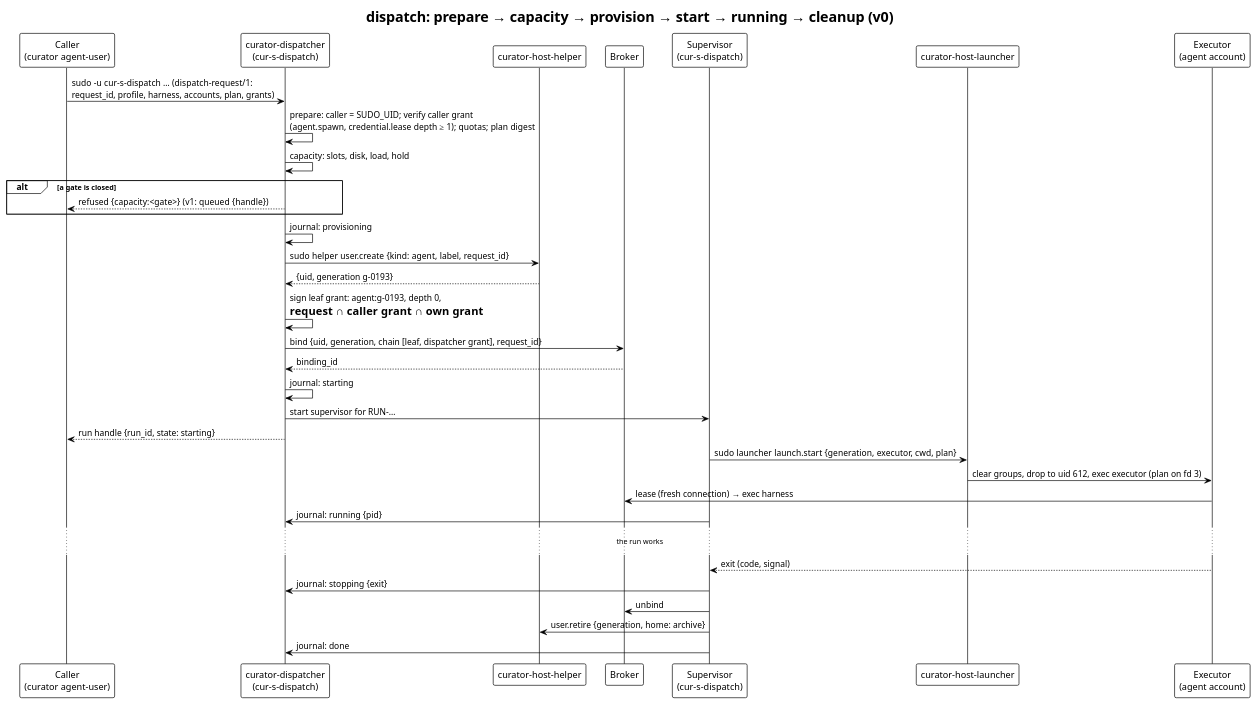
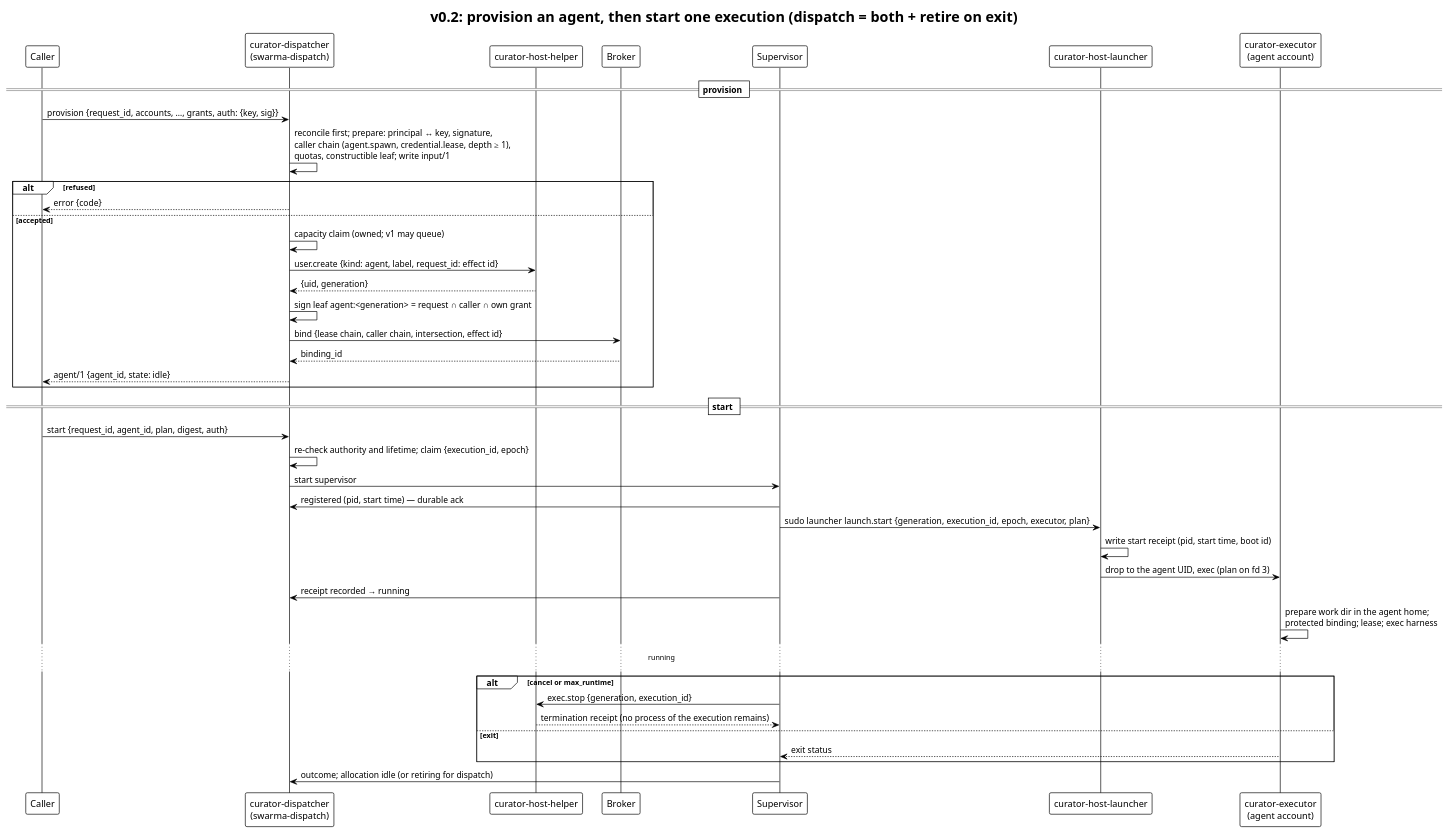
One commit to relux-works/curator-dispatcher changed the diagram in diagrams/dispatch-lifecycle.puml. Above: the diagram before and after it, drawn with PlantUML. The commit also changed 5 other files, not shown here.

First line of the commit message:
Revise the dispatcher after the architecture review (v0.2)

```diff
--- a/diagrams/dispatch-lifecycle.puml
+++ b/diagrams/dispatch-lifecycle.puml
@@ -1,38 +1,45 @@
 @startuml dispatch-lifecycle
 !theme plain
-title dispatch: prepare → capacity → provision → start → running → cleanup (v0)
+title v0.2: provision an agent, then start one execution (dispatch = both + retire on exit)
 
-participant "Caller\n(curator agent-user)" as C
-participant "curator-dispatcher\n(cur-s-dispatch)" as D
+participant "Caller" as C
+participant "curator-dispatcher\n(swarma-dispatch)" as D
 participant "curator-host-helper" as H
 participant "Broker" as B
-participant "Supervisor\n(cur-s-dispatch)" as S
+participant "Supervisor" as S
 participant "curator-host-launcher" as L
-participant "Executor\n(agent account)" as E
+participant "curator-executor\n(agent account)" as E
 
-C -> D : sudo -u cur-s-dispatch …  (dispatch-request/1:\nrequest_id, profile, harness, accounts, plan, grants)
-D -> D : prepare: caller = SUDO_UID; verify caller grant\n(agent.spawn, credential.lease depth ≥ 1); quotas; plan digest
-D -> D : capacity: slots, disk, load, hold
-alt a gate is closed
-  D --> C : refused {capacity:<gate>}  (v1: queued {handle})
+== provision ==
+C -> D : provision {request_id, accounts, …, grants, auth: {key, sig}}
+D -> D : reconcile first; prepare: principal ↔ key, signature,\ncaller chain (agent.spawn, credential.lease, depth ≥ 1),\nquotas, constructible leaf; write input/1
+alt refused
+  D --> C : error {code}
+else accepted
+  D -> D : capacity claim (owned; v1 may queue)
+  D -> H : user.create {kind: agent, label, request_id: effect id}
+  H --> D : {uid, generation}
+  D -> D : sign leaf agent:<generation> = request ∩ caller ∩ own grant
+  D -> B : bind {lease chain, caller chain, intersection, effect id}
+  B --> D : binding_id
+  D --> C : agent/1 {agent_id, state: idle}
 end
-D -> D : journal: provisioning
-D -> H : sudo helper  user.create {kind: agent, label, request_id}
-H --> D : {uid, generation g-0193}
-D -> D : sign leaf grant: agent:g-0193, depth 0,\n= request ∩ caller grant ∩ own grant
-D -> B : bind {uid, generation, chain [leaf, dispatcher grant], request_id}
-B --> D : binding_id
-D -> D : journal: starting
-D -> S : start supervisor for RUN-…
-D --> C : run handle {run_id, state: starting}
-S -> L : sudo launcher  launch.start {generation, executor, cwd, plan}
-L -> E : clear groups, drop to uid 612, exec executor (plan on fd 3)
-E -> B : lease (fresh connection) → exec harness
-S -> D : journal: running {pid}
-... the run works ...
-E --> S : exit (code, signal)
-S -> D : journal: stopping {exit}
-S -> B : unbind
-S -> H : user.retire {generation, home: archive}
-S -> D : journal: done
+== start ==
+C -> D : start {request_id, agent_id, plan, digest, auth}
+D -> D : re-check authority and lifetime; claim {execution_id, epoch}
+D -> S : start supervisor
+S -> D : registered (pid, start time) — durable ack
+S -> L : sudo launcher  launch.start {generation, execution_id, epoch, executor, plan}
+L -> L : write start receipt (pid, start time, boot id)
+L -> E : drop to the agent UID, exec (plan on fd 3)
+S -> D : receipt recorded → running
+E -> E : prepare work dir in the agent home;\nprotected binding; lease; exec harness
+... running ...
+alt cancel or max_runtime
+  S -> H : exec.stop {generation, execution_id}
+  H --> S : termination receipt (no process of the execution remains)
+else exit
+  E --> S : exit status
+end
+S -> D : outcome; allocation idle (or retiring for dispatch)
 @enduml
```
